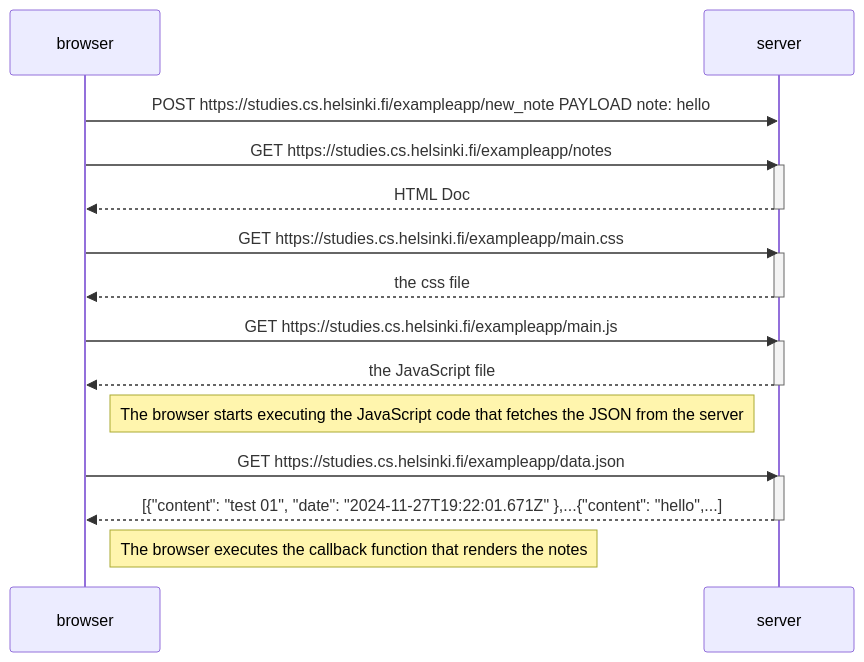
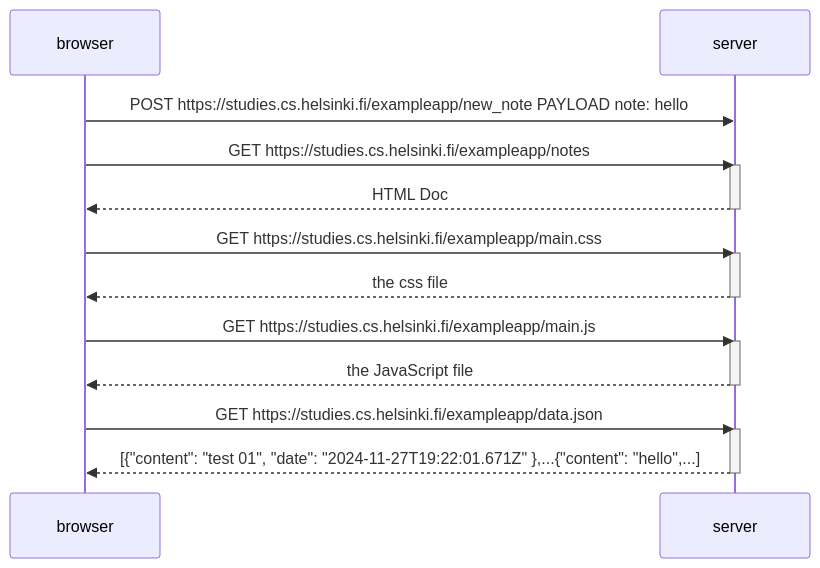
Before and after one commit to Bruno-Cataldi/FS: the diagram in Part_0/0.4.md, drawn with Mermaid.

````diff
--- a/Part_0/0.4.md
+++ b/Part_0/0.4.md
@@ -1,31 +1,28 @@
 ```mermaid
   sequenceDiagram
     participant browser
     participant server
 
     browser->>server: POST https://studies.cs.helsinki.fi/exampleapp/new_note PAYLOAD note: hello
 
  browser->>server: GET https://studies.cs.helsinki.fi/exampleapp/notes
     activate server
     server-->>browser: HTML Doc
     deactivate server
 
     browser->>server: GET https://studies.cs.helsinki.fi/exampleapp/main.css
     activate server
     server-->>browser: the css file
     deactivate server
 
     browser->>server: GET https://studies.cs.helsinki.fi/exampleapp/main.js
     activate server
     server-->>browser: the JavaScript file
     deactivate server
 
-    Note right of browser: The browser starts executing the JavaScript code that fetches the JSON from the server
-
     browser->>server: GET https://studies.cs.helsinki.fi/exampleapp/data.json
     activate server
     server-->>browser: [{"content": "test 01", "date": "2024-11-27T19:22:01.671Z" },...{"content": "hello",...]
     deactivate server
 
-    Note right of browser: The browser executes the callback function that renders the notes
 ```
````
